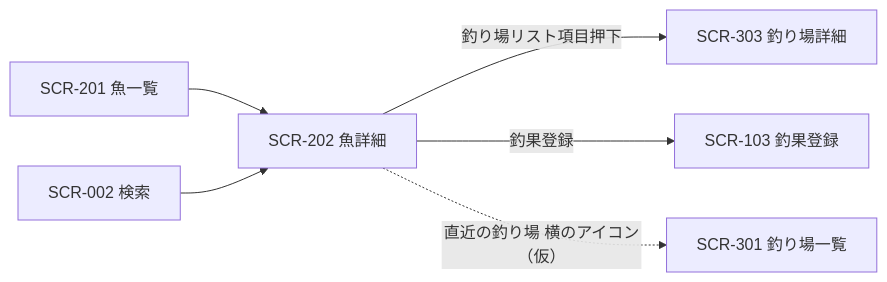
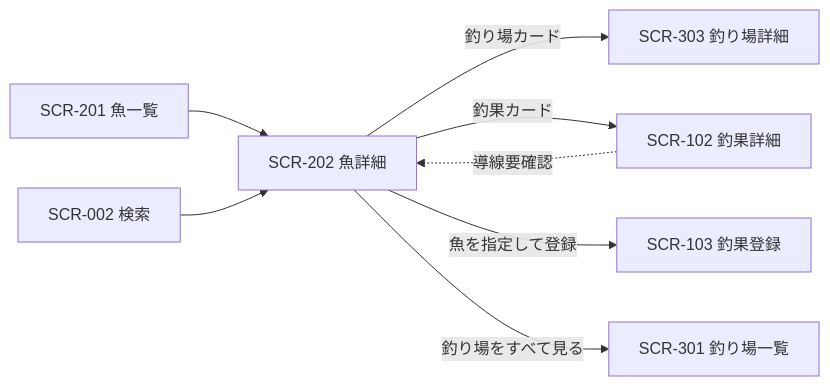
Before and after one commit to SerioFishingMap/SerioFishingMap: the second of 2 diagrams in 設計/画面/SCR-202-fish-detail.md, drawn with Mermaid. The commit also changed other lines of this file, not shown here.

First line of the commit message:
SCR-202魚詳細画面ドキュメントを更新

````diff
--- a/設計/画面/SCR-202-fish-detail.md
+++ b/設計/画面/SCR-202-fish-detail.md
@@ -121,8 +130,10 @@
 ```mermaid
 flowchart LR
     SCR_201["SCR-201 魚一覧"] --> SCR_202["SCR-202 魚詳細"]
     SCR_002["SCR-002 検索"] --> SCR_202
-    SCR_202 -->|"釣り場リスト項目押下"| SCR_303["SCR-303 釣り場詳細"]
-    SCR_202 -->|"釣果登録"| SCR_103["SCR-103 釣果登録"]
-    SCR_202 -.->|"直近の釣り場 横のアイコン（仮）"| SCR_301["SCR-301 釣り場一覧"]
+    SCR_102["SCR-102 釣果詳細"] -. "導線要確認" .-> SCR_202
+    SCR_202 -->|"釣り場カード"| SCR_303["SCR-303 釣り場詳細"]
+    SCR_202 -->|"釣果カード"| SCR_102
+    SCR_202 -->|"魚を指定して登録"| SCR_103["SCR-103 釣果登録"]
+    SCR_202 -->|"釣り場をすべて見る"| SCR_301["SCR-301 釣り場一覧"]
 ```
````
